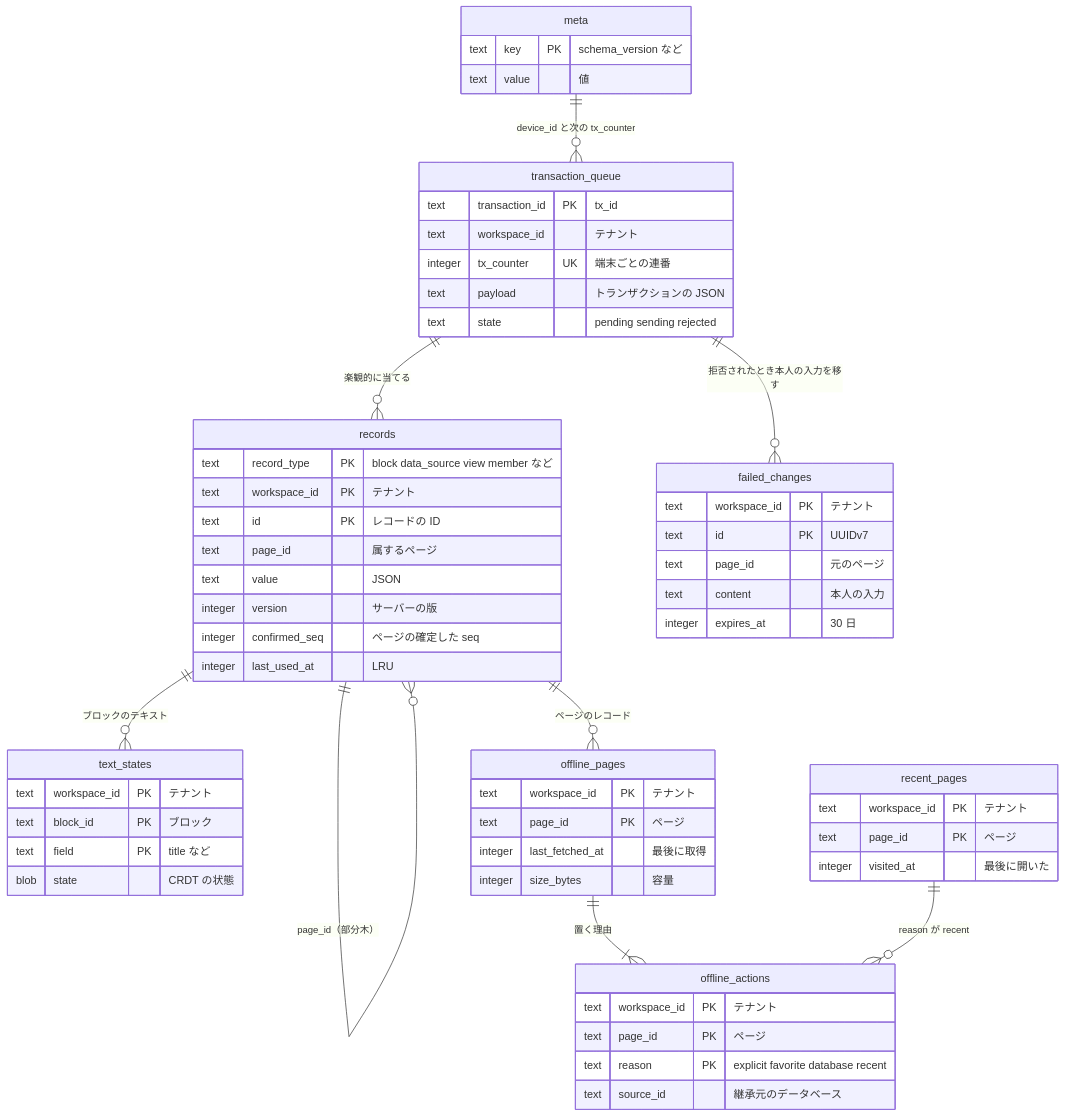
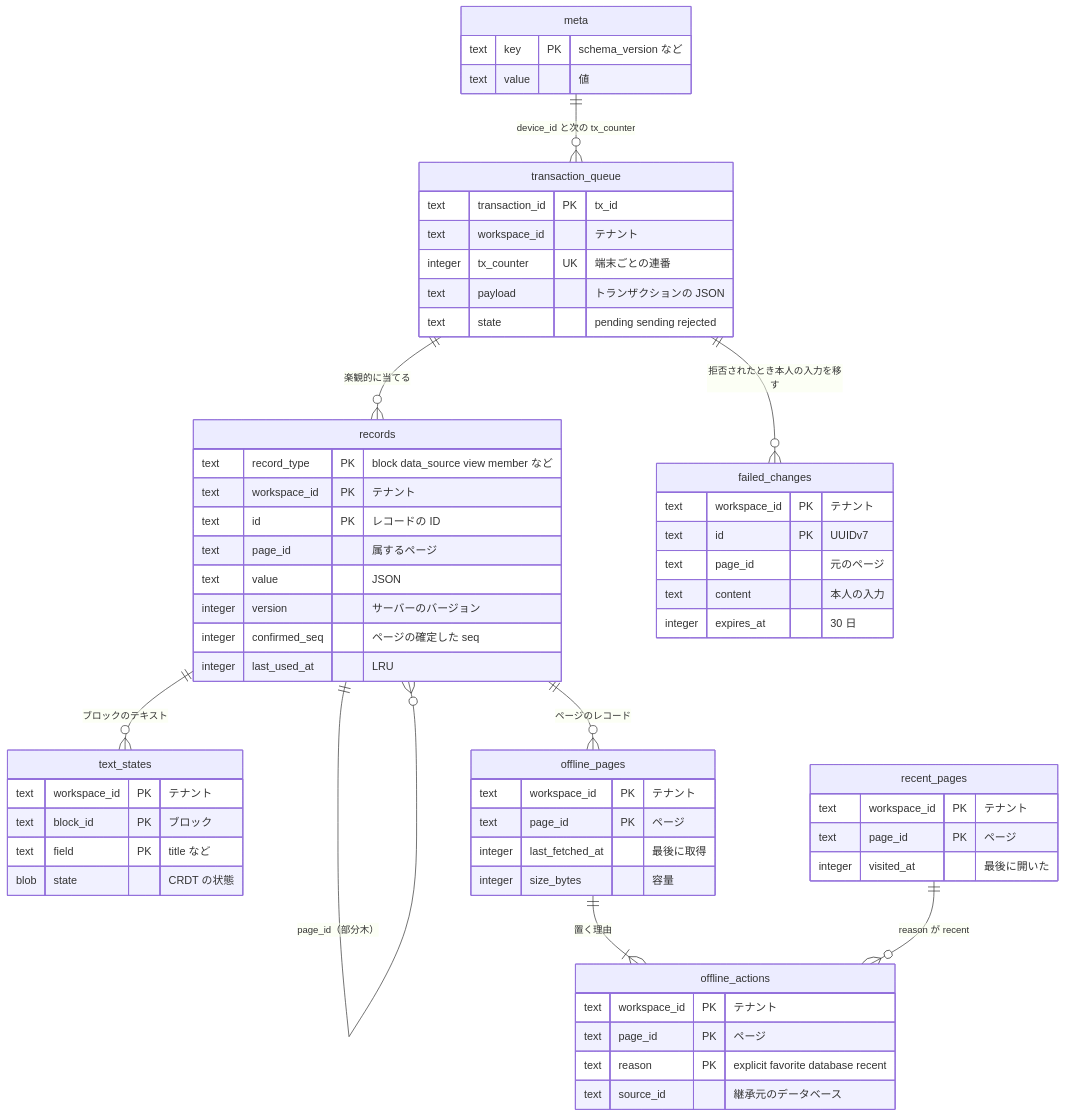
The diagram in systems/notion/docs/architecture/data-model/client.md (shoito/rebuilds), drawn with Mermaid before and after one commit. The commit also changed other lines of this file and 793 other files, not shown here.

````diff
--- a/systems/notion/docs/architecture/data-model/client.md
+++ b/systems/notion/docs/architecture/data-model/client.md
@@ -13,63 +13,63 @@
 ```mermaid
 erDiagram
   records ||--o{ records : "page_id（部分木）"
   records ||--o{ text_states : "ブロックのテキスト"
   offline_pages ||--|{ offline_actions : "置く理由"
   records ||--o{ offline_pages : "ページのレコード"
   transaction_queue ||--o{ records : "楽観的に当てる"
   transaction_queue ||--o{ failed_changes : "拒否されたとき本人の入力を移す"
   recent_pages ||--o{ offline_actions : "reason が recent"
   meta ||--o{ transaction_queue : "device_id と次の tx_counter"
 
   records {
     text record_type PK "block data_source view member など"
     text workspace_id PK "テナント"
     text id PK "レコードの ID"
     text page_id "属するページ"
     text value "JSON"
-    integer version "サーバーの版"
+    integer version "サーバーのバージョン"
     integer confirmed_seq "ページの確定した seq"
     integer last_used_at "LRU"
   }
   text_states {
     text workspace_id PK "テナント"
     text block_id PK "ブロック"
     text field PK "title など"
     blob state "CRDT の状態"
   }
   transaction_queue {
     text transaction_id PK "tx_id"
     text workspace_id "テナント"
     integer tx_counter UK "端末ごとの連番"
     text payload "トランザクションの JSON"
     text state "pending sending rejected"
   }
   offline_pages {
     text workspace_id PK "テナント"
     text page_id PK "ページ"
     integer last_fetched_at "最後に取得"
     integer size_bytes "容量"
   }
   offline_actions {
     text workspace_id PK "テナント"
     text page_id PK "ページ"
     text reason PK "explicit favorite database recent"
     text source_id "継承元のデータベース"
   }
   failed_changes {
     text workspace_id PK "テナント"
     text id PK "UUIDv7"
     text page_id "元のページ"
     text content "本人の入力"
     integer expires_at "30 日"
   }
   recent_pages {
     text workspace_id PK "テナント"
     text page_id PK "ページ"
     integer visited_at "最後に開いた"
   }
   meta {
     text key PK "schema_version など"
     text value "値"
   }
 ```
````
